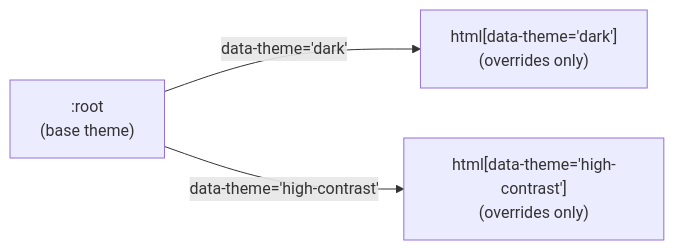
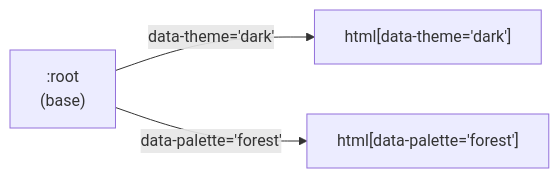
Before and after one commit to duydpdev/style-generator: the second of 2 diagrams in docs/architecture.md, drawn with Mermaid. The commit also changed other lines of this file and 7 other files, not shown here.

````diff
--- a/docs/architecture.md
+++ b/docs/architecture.md
@@ -215,5 +173,5 @@
 ```mermaid
 flowchart LR
-    A[":root\n(base theme)"] -->|"data-theme='dark'"| B["html[data-theme='dark']\n(overrides only)"]
-    A -->|"data-theme='high-contrast'"| C["html[data-theme='high-contrast']\n(overrides only)"]
+    A[":root\n(base)"] -->|"data-theme='dark'"| B["html[data-theme='dark']"]
+    A -->|"data-palette='forest'"| C["html[data-palette='forest']"]
 ```
````
